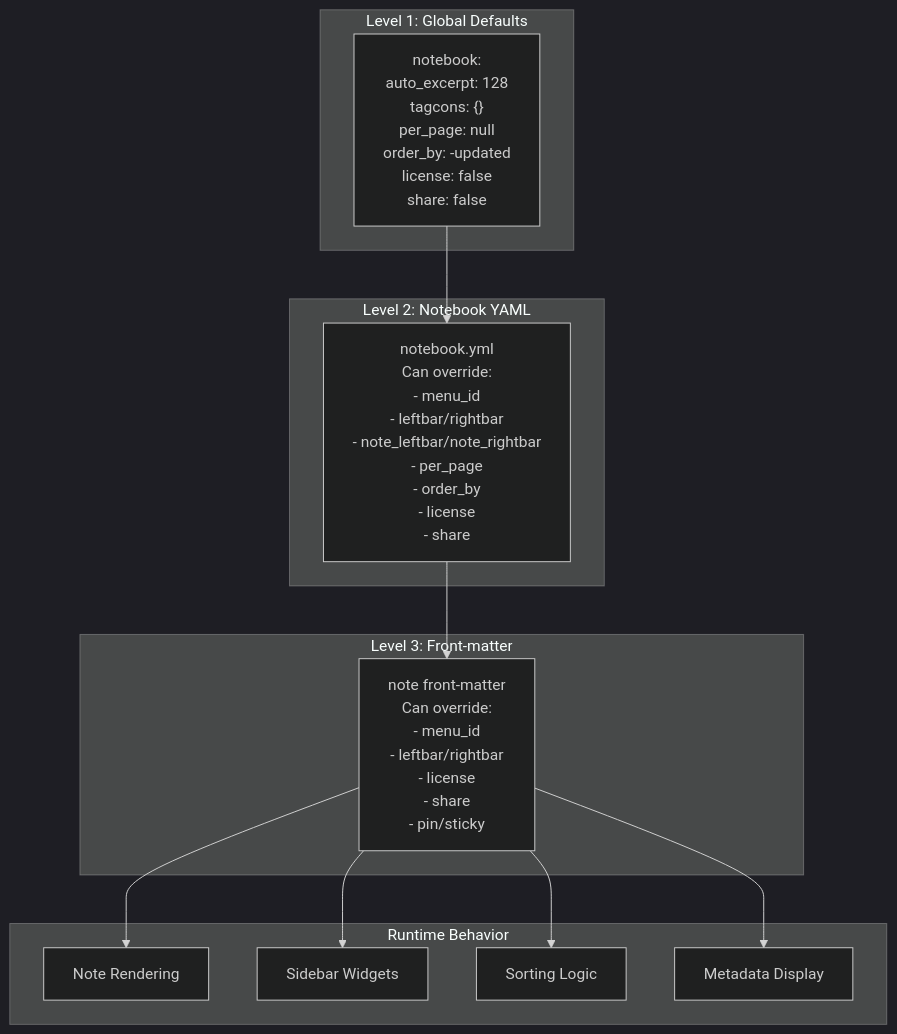
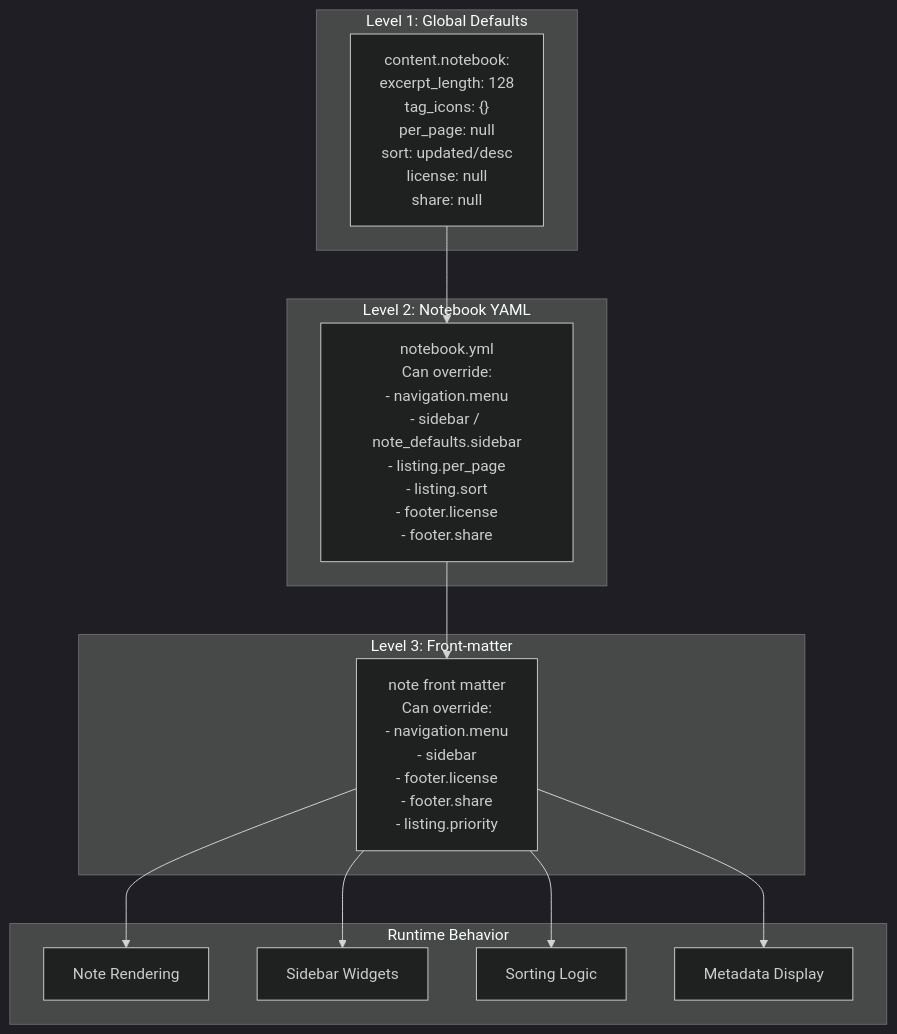
The second of 7 diagrams in docs/knowledge/03-内容系统/notebook-system.md (xaoxuu/hexo-theme-stellar), drawn with Mermaid (dark theme) before and after one commit. The commit also changed other lines of this file and 52 other files, not shown here.

````diff
--- a/docs/knowledge/03-内容系统/notebook-system.md
+++ b/docs/knowledge/03-内容系统/notebook-system.md
@@ -148,29 +148,29 @@
 ```mermaid
 graph TD
     subgraph "Level 1: Global Defaults"
-        GLOBAL_CFG["notebook:<br/>auto_excerpt: 128<br/>tagcons: {}<br/>per_page: null<br/>order_by: -updated<br/>license: false<br/>share: false"]
+        GLOBAL_CFG["content.notebook:<br/>excerpt_length: 128<br/>tag_icons: {}<br/>per_page: null<br/>sort: updated/desc<br/>license: null<br/>share: null"]
     end
     
     subgraph "Level 2: Notebook YAML"
-        YAML_CFG["notebook.yml<br/>Can override:<br/>- menu_id<br/>- leftbar/rightbar<br/>- note_leftbar/note_rightbar<br/>- per_page<br/>- order_by<br/>- license<br/>- share"]
+        YAML_CFG["notebook.yml<br/>Can override:<br/>- navigation.menu<br/>- sidebar / note_defaults.sidebar<br/>- listing.per_page<br/>- listing.sort<br/>- footer.license<br/>- footer.share"]
     end
     
     subgraph "Level 3: Front-matter"
-        FM_CFG["note front-matter<br/>Can override:<br/>- menu_id<br/>- leftbar/rightbar<br/>- license<br/>- share<br/>- pin/sticky"]
+        FM_CFG["note front matter<br/>Can override:<br/>- navigation.menu<br/>- sidebar<br/>- footer.license<br/>- footer.share<br/>- listing.priority"]
     end
     
     subgraph "Runtime Behavior"
         RENDER["Note Rendering"]
         SIDEBAR["Sidebar Widgets"]
         SORT["Sorting Logic"]
         META["Metadata Display"]
     end
     
     GLOBAL_CFG --> YAML_CFG
     YAML_CFG --> FM_CFG
     
     FM_CFG --> RENDER
     FM_CFG --> SIDEBAR
     FM_CFG --> SORT
     FM_CFG --> META
 ```
````
